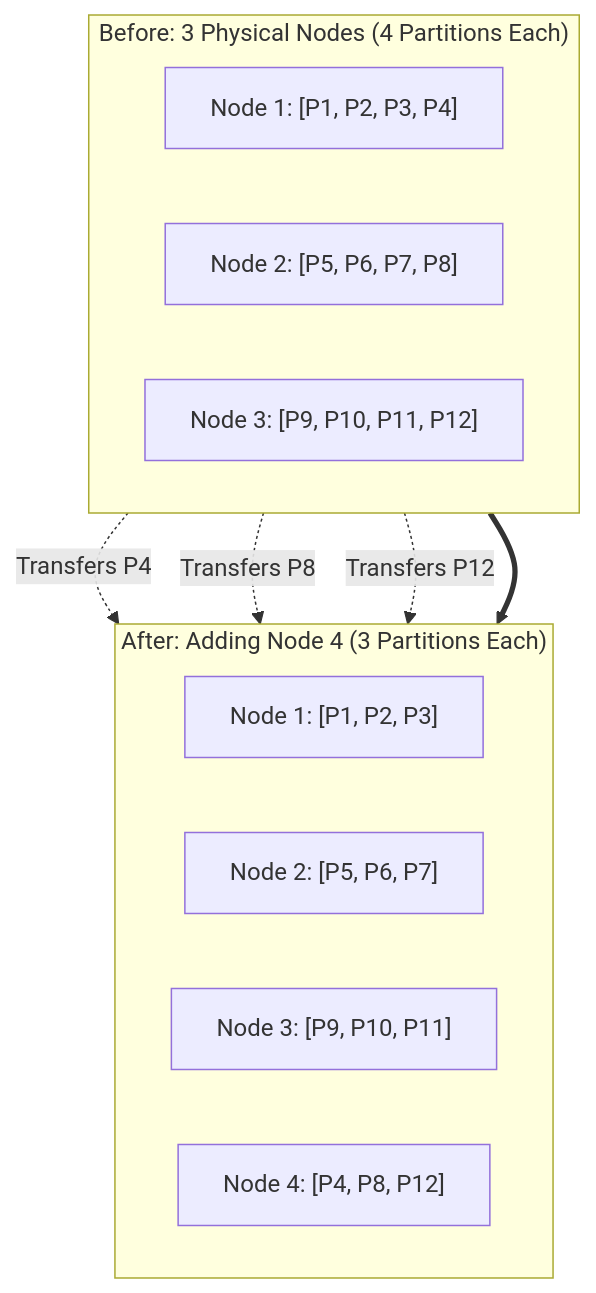
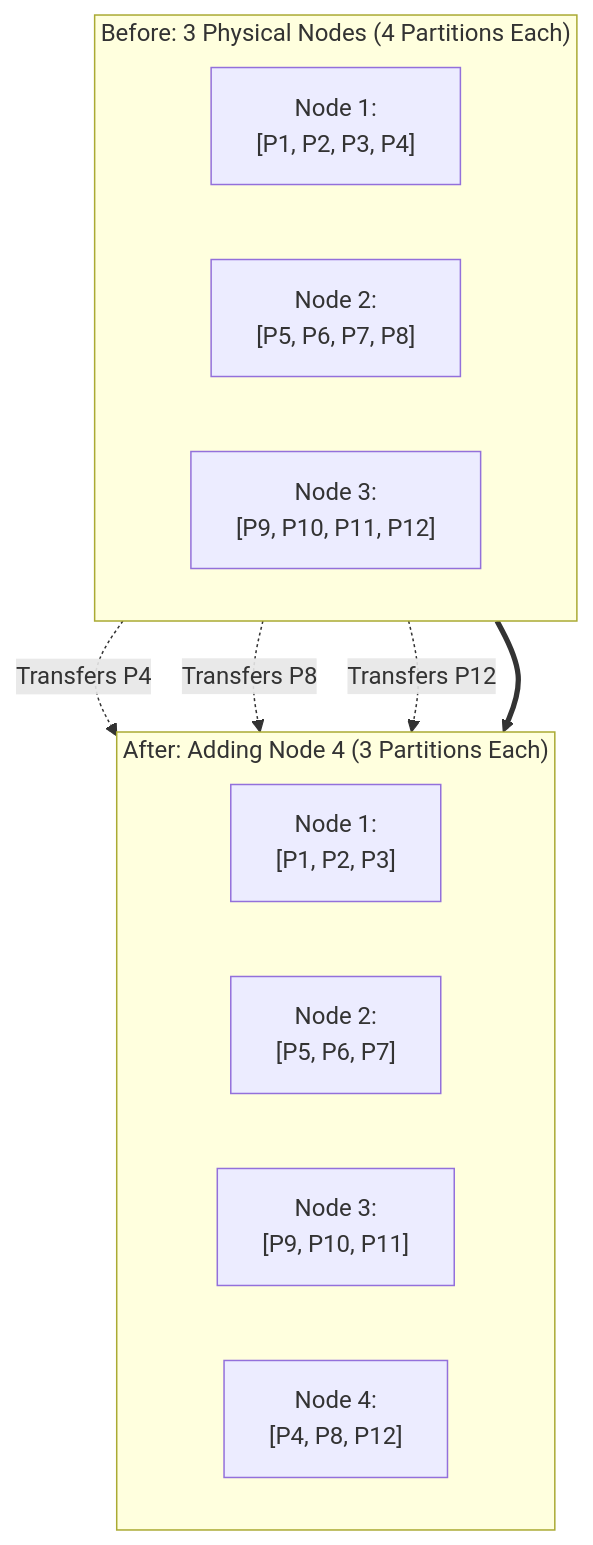
One commit to 1mimhe/books-summery changed the fourth of 10 diagrams in 01 Designing Data-Intensive Applications/chapter-07-sharding.md. Above: the diagram before and after it, drawn with Mermaid. The commit also changed other lines of this file and 1 other file, not shown here.

````diff
--- a/01 Designing Data-Intensive Applications/chapter-07-sharding.md
+++ b/01 Designing Data-Intensive Applications/chapter-07-sharding.md
@@ -313,23 +267,23 @@
 ```mermaid
 flowchart TD
   subgraph BEFORE["Before: 3 Physical Nodes (4 Partitions Each)"]
     direction LR
-    N1["Node 1: [P1, P2, P3, P4]"]
-    N2["Node 2: [P5, P6, P7, P8]"]
-    N3["Node 3: [P9, P10, P11, P12]"]
+    N1["Node 1:<br/>[P1, P2, P3, P4]"]
+    N2["Node 2:<br/>[P5, P6, P7, P8]"]
+    N3["Node 3:<br/>[P9, P10, P11, P12]"]
   end
 
   subgraph AFTER["After: Adding Node 4 (3 Partitions Each)"]
     direction LR
-    N1_A["Node 1: [P1, P2, P3]"]
-    N2_A["Node 2: [P5, P6, P7]"]
-    N3_A["Node 3: [P9, P10, P11]"]
-    N4_A["Node 4: [P4, P8, P12]"]
+    N1_A["Node 1:<br/>[P1, P2, P3]"]
+    N2_A["Node 2:<br/>[P5, P6, P7]"]
+    N3_A["Node 3:<br/>[P9, P10, P11]"]
+    N4_A["Node 4:<br/>[P4, P8, P12]"]
   end
 
   N1 -.->|"Transfers P4"| N4_A
   N2 -.->|"Transfers P8"| N4_A
   N3 -.->|"Transfers P12"| N4_A
 
   BEFORE ==> AFTER
 ```
````
